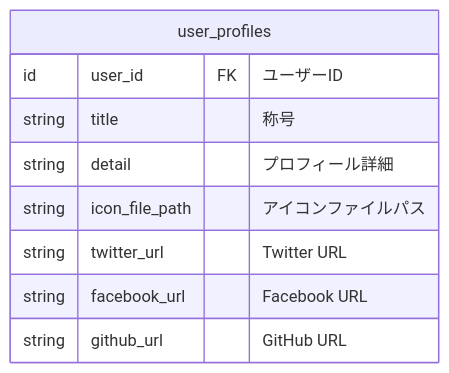
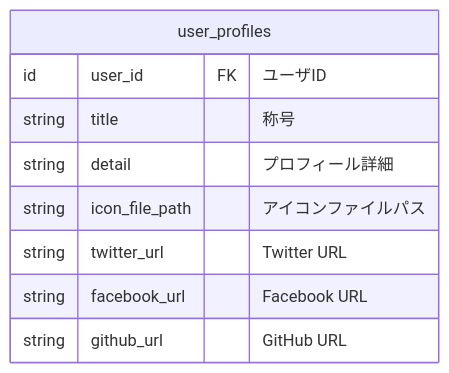
One commit to bright-org/bright changed the first of 2 diagrams in docs/tables.md. Above: the diagram before and after it, drawn with Mermaid.

Commit message:
タイプミスを修正

````diff
--- a/docs/tables.md
+++ b/docs/tables.md
@@ -8,12 +8,12 @@
 ```mermaid
 erDiagram
   user_profiles {
-    id	user_id	FK "ユーザーID"
+    id	user_id	FK "ユーザID"
     string title "称号"
     string detail "プロフィール詳細"
     string icon_file_path "アイコンファイルパス"
     string twitter_url "Twitter URL"
     string facebook_url "Facebook URL"
     string github_url "GitHub URL"
   }
 ```
````
